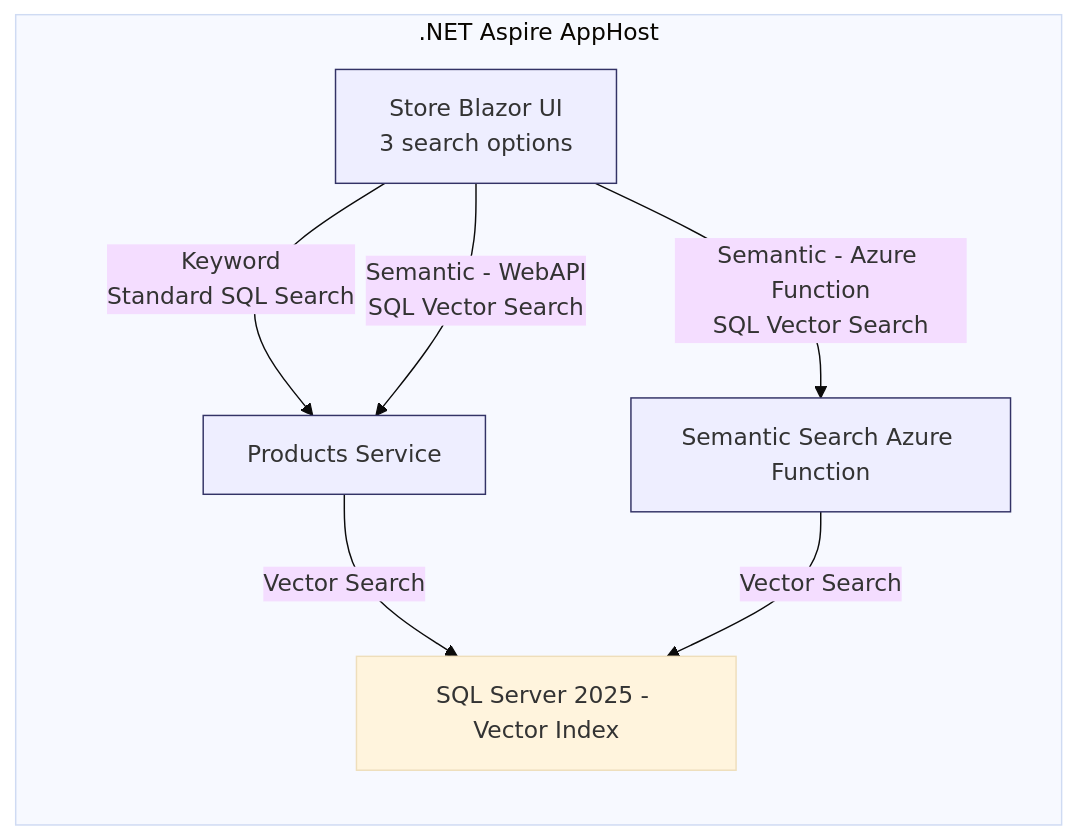
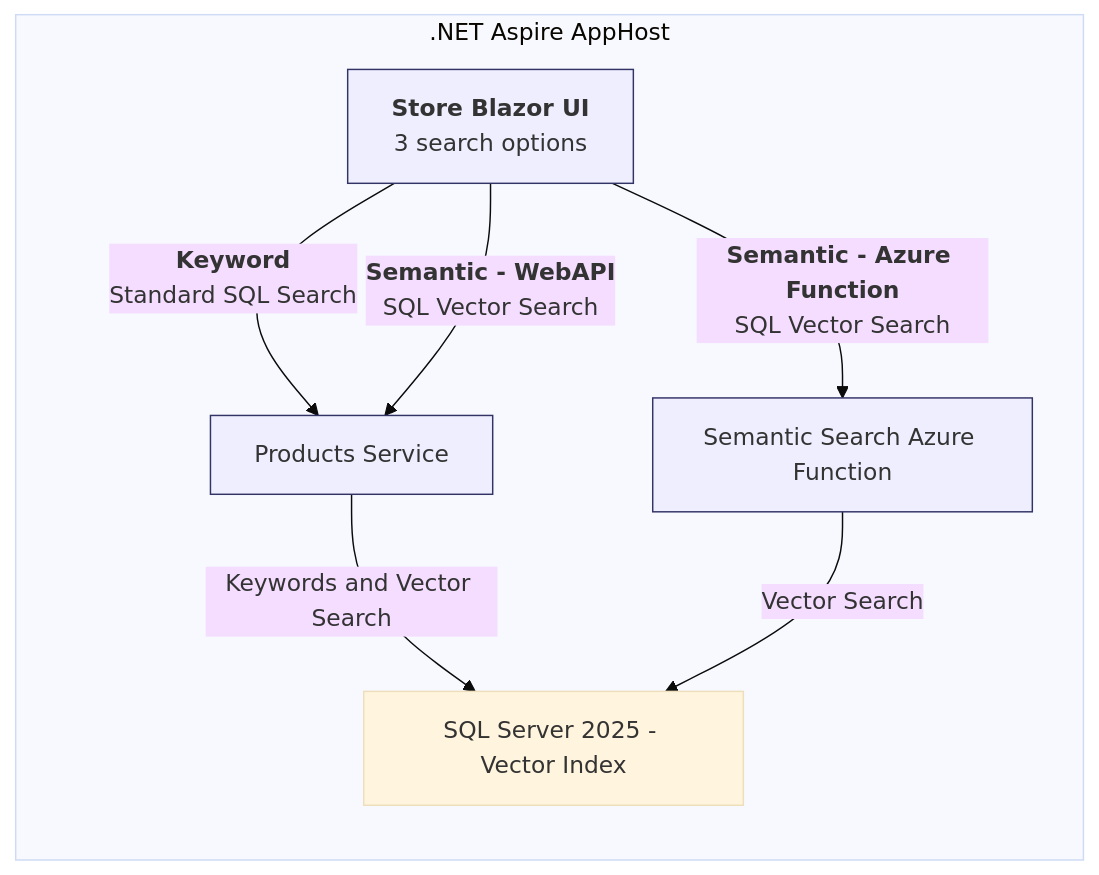
One commit to elbruno/a2aapiredemo changed the first of 2 diagrams in README.md. Above: the diagram before and after it, drawn with Mermaid (base theme).

````diff
--- a/README.md
+++ b/README.md
@@ -46,18 +46,18 @@
 ```mermaid
 flowchart LR
      subgraph AppHost[.NET Aspire AppHost]
-          Store[Store Blazor UI<br>3 search options]
+          Store[<b>Store Blazor UI</b><br>3 search options]
           Products[Products Service]
           SemanticFn[Semantic Search Azure Function]
           SQL[SQL Server 2025 - Vector Index]
      end
 
-     Store -->|Keyword<br>Standard SQL Search| Products
-     Store -->|Semantic - WebAPI<br>SQL Vector Search| Products
-     Store -->|Semantic - Azure Function<br>SQL Vector Search| SemanticFn
-     Products -->|Vector Search| SQL
+     Store -->|<b>Keyword</b><br>Standard SQL Search| Products
+     Store -->|<b>Semantic - WebAPI</b><br>SQL Vector Search| Products
+     Store -->|<b>Semantic - Azure Function</b><br>SQL Vector Search| SemanticFn
+     Products -->|Keywords and Vector Search| SQL
      SemanticFn -->|Vector Search| SQL
 
      classDef svc fill:#eef,stroke:#336;
      class Store,Products,SemanticFn svc;
 ```
````
